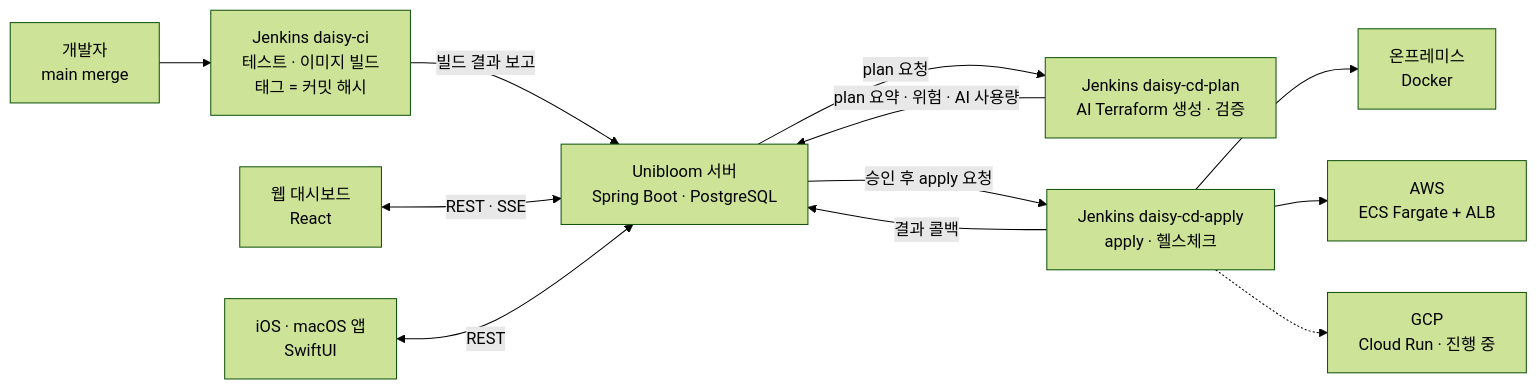
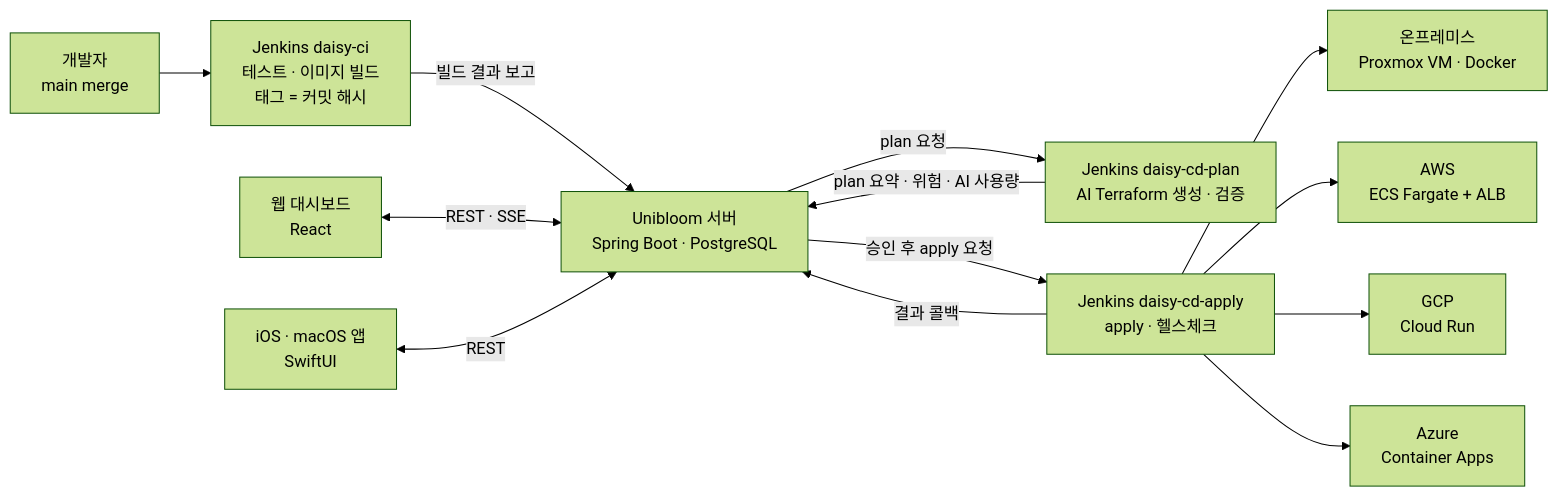
The diagram in README.md (Softbank-Hackathon-2026-Team-Daisy/daisy), drawn with Mermaid (forest theme) before and after one commit. The commit also changed other lines of this file, not shown here.

Commit message:
docs: README — 네 환경(온프레미스 · AWS · GCP · Azure) 실배포 · 언어 지원 반영

````diff
--- a/README.md
+++ b/README.md
@@ -21,14 +24,15 @@
 ```mermaid
 flowchart LR
     dev[개발자<br/>main merge] --> ci[Jenkins daisy-ci<br/>테스트 · 이미지 빌드<br/>태그 = 커밋 해시]
     ci -->|빌드 결과 보고| api[Unibloom 서버<br/>Spring Boot · PostgreSQL]
     web[웹 대시보드<br/>React] <-->|REST · SSE| api
     app[iOS · macOS 앱<br/>SwiftUI] <-->|REST| api
     api -->|plan 요청| plan[Jenkins daisy-cd-plan<br/>AI Terraform 생성 · 검증]
     plan -->|plan 요약 · 위험 · AI 사용량| api
     api -->|승인 후 apply 요청| apply[Jenkins daisy-cd-apply<br/>apply · 헬스체크]
-    apply --> onprem[온프레미스<br/>Docker]
+    apply --> onprem[온프레미스<br/>Proxmox VM · Docker]
     apply --> aws[AWS<br/>ECS Fargate + ALB]
-    apply -.-> gcp[GCP<br/>Cloud Run · 진행 중]
+    apply --> gcp[GCP<br/>Cloud Run]
+    apply --> azure[Azure<br/>Container Apps]
     apply -->|결과 콜백| api
 ```
````
